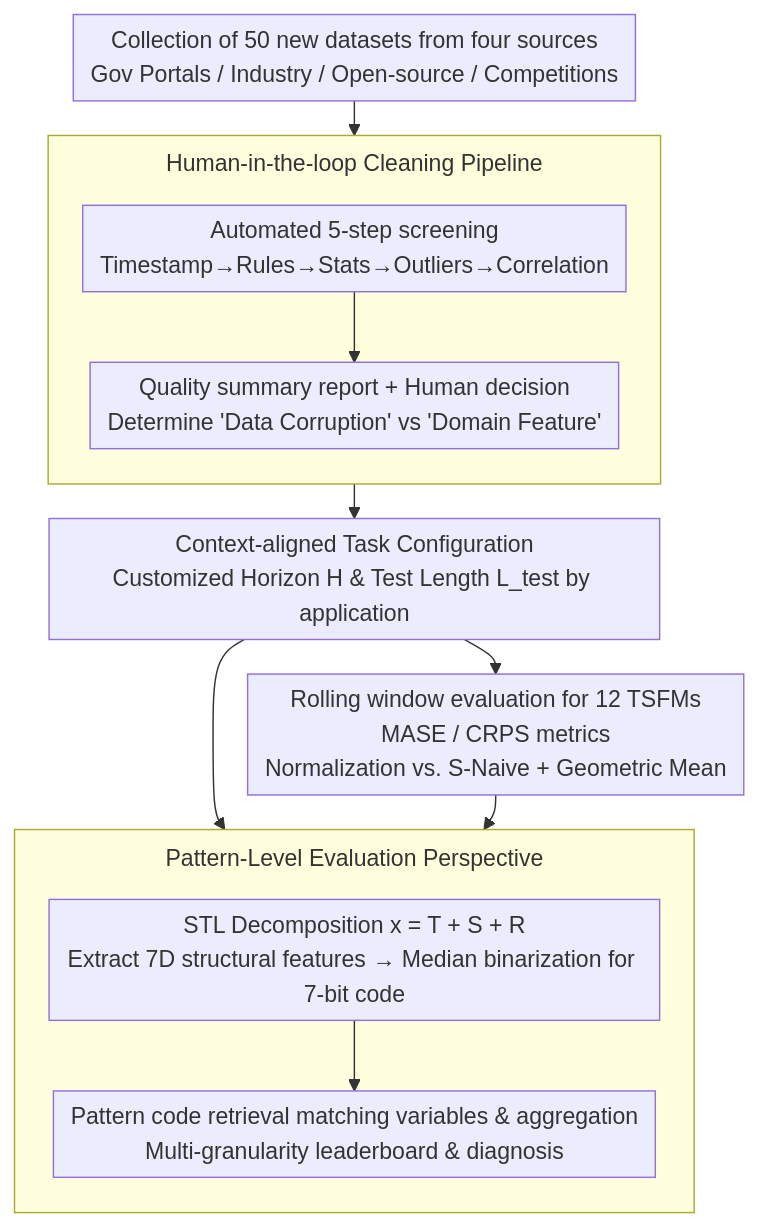
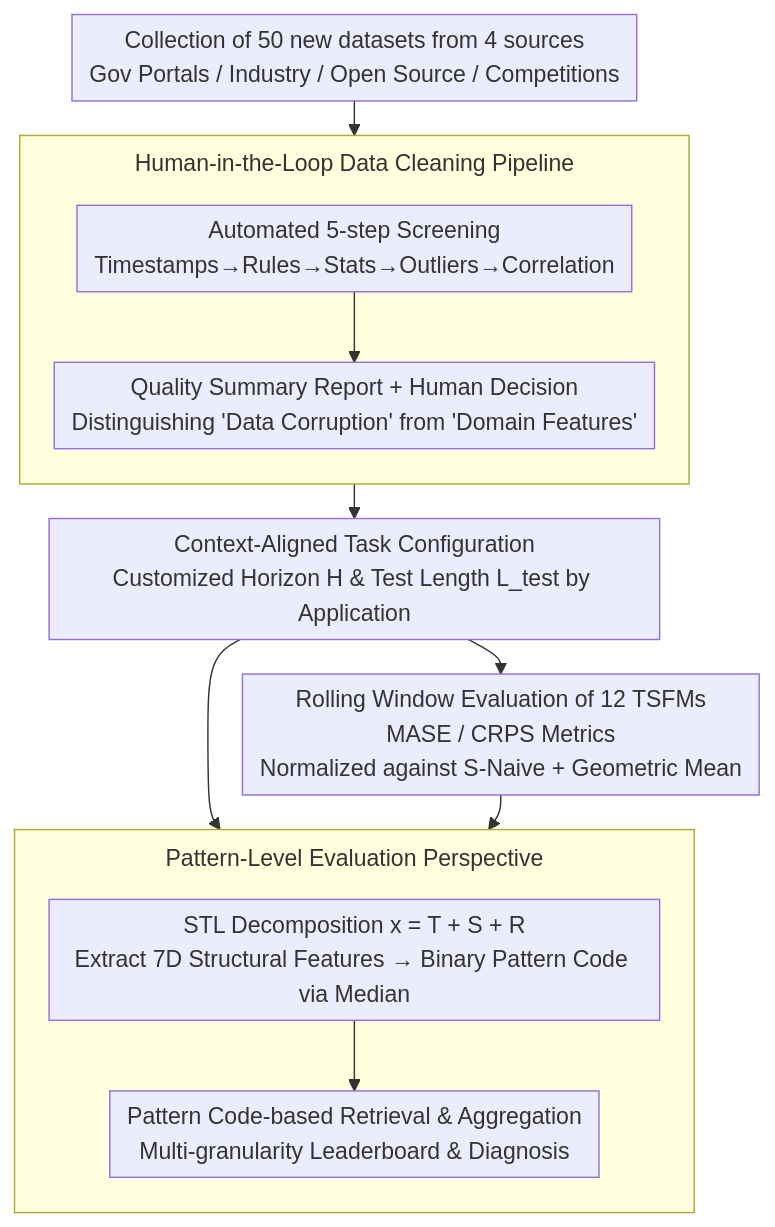
One commit to zhaoyang97/Paper-Notes-en changed the diagram in docs/ICML2026/time_series/its_time_towards_the_next_generation_of_time_series_forecasting_benchmarks.md. Above: the diagram before and after it, drawn with Mermaid. The commit also changed other lines of this file and 5084 other files, not shown here.

````diff
--- a/docs/ICML2026/time_series/its_time_towards_the_next_generation_of_time_series_forecasting_benchmarks.md
+++ b/docs/ICML2026/time_series/its_time_towards_the_next_generation_of_time_series_forecasting_benchmarks.md
@@ -46,20 +46,20 @@
 ```mermaid
 %%{init: {'flowchart': {'rankSpacing': 24, 'nodeSpacing': 28, 'padding': 6, 'wrappingWidth': 400, 'subGraphTitleMargin': {'top': 8, 'bottom': 16}}}}%%
 flowchart TD
-    A["Collection of 50 new datasets from four sources<br/>Gov Portals / Industry / Open-source / Competitions"]
-    subgraph S1["Human-in-the-loop Cleaning Pipeline"]
+    A["Collection of 50 new datasets from 4 sources<br/>Gov Portals / Industry / Open Source / Competitions"]
+    subgraph S1["Human-in-the-Loop Data Cleaning Pipeline"]
         direction TB
-        B["Automated 5-step screening<br/>Timestamp→Rules→Stats→Outliers→Correlation"] --> C["Quality summary report + Human decision<br/>Determine 'Data Corruption' vs 'Domain Feature'"]
+        B["Automated 5-step Screening<br/>Timestamps→Rules→Stats→Outliers→Correlation"] --> C["Quality Summary Report + Human Decision<br/>Distinguishing 'Data Corruption' from 'Domain Features'"]
     end
-    D["Context-aligned Task Configuration<br/>Customized Horizon H & Test Length L_test by application"]
+    D["Context-Aligned Task Configuration<br/>Customized Horizon H & Test Length L_test by Application"]
     A --> S1 --> D
     subgraph S3["Pattern-Level Evaluation Perspective"]
         direction TB
-        E["STL Decomposition x = T + S + R<br/>Extract 7D structural features → Median binarization for 7-bit code"]
-        G["Pattern code retrieval matching variables & aggregation<br/>Multi-granularity leaderboard & diagnosis"]
+        E["STL Decomposition x = T + S + R<br/>Extract 7D Structural Features → Binary Pattern Code via Median"]
+        G["Pattern Code-based Retrieval & Aggregation<br/>Multi-granularity Leaderboard & Diagnosis"]
         E --> G
     end
     D --> E
-    D --> F["Rolling window evaluation for 12 TSFMs<br/>MASE / CRPS metrics<br/>Normalization vs. S-Naive + Geometric Mean"]
+    D --> F["Rolling Window Evaluation of 12 TSFMs<br/>MASE / CRPS Metrics<br/>Normalized against S-Naive + Geometric Mean"]
     F --> G
 ```
````
